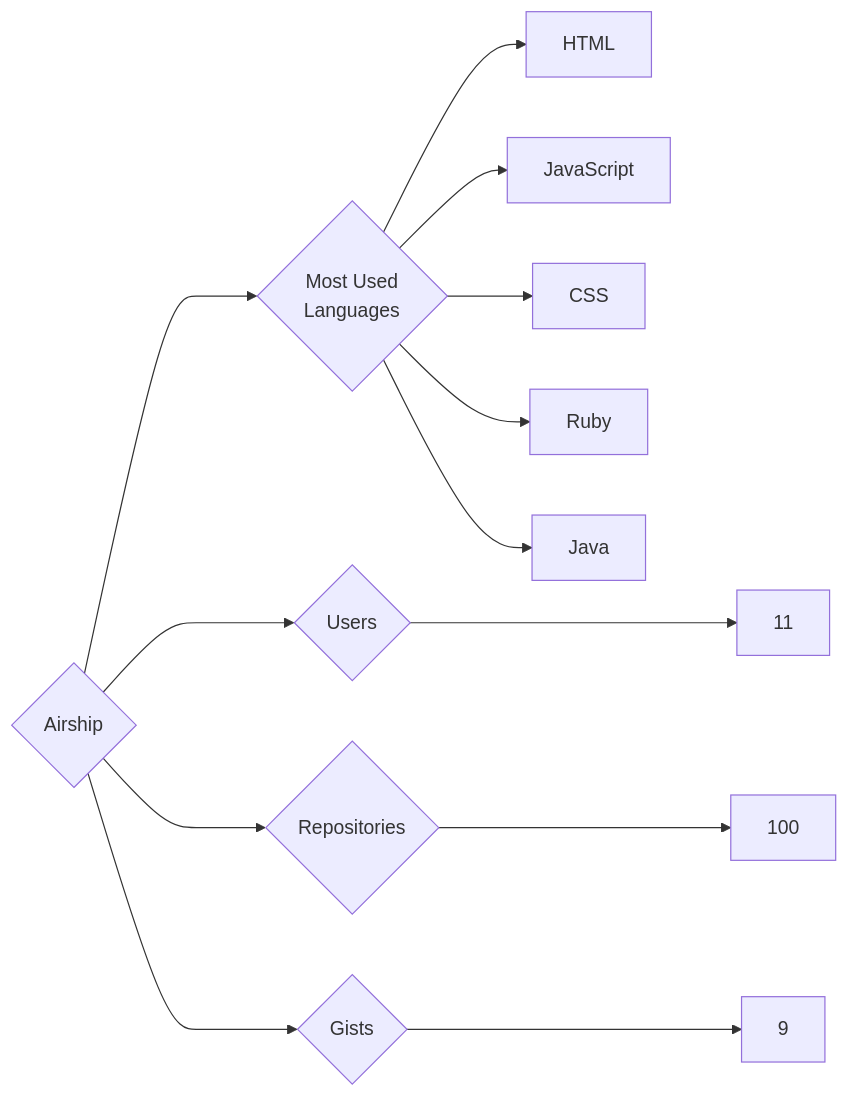
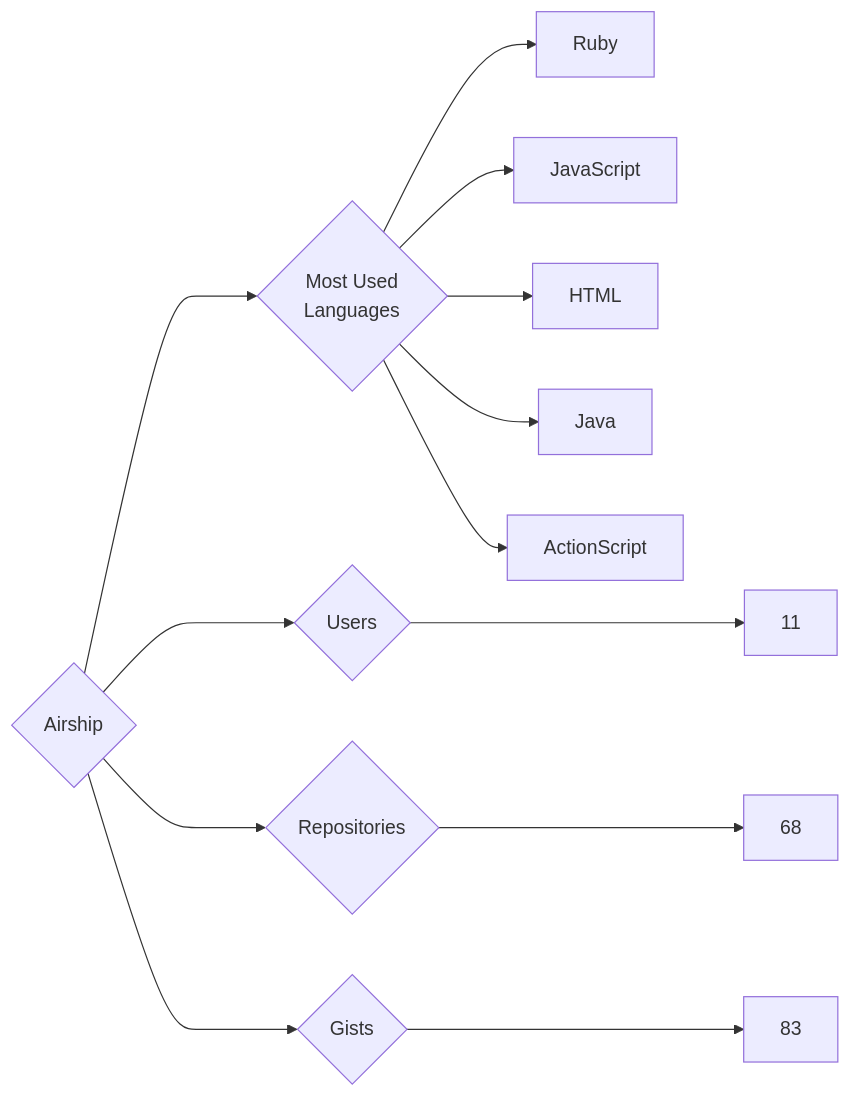
One commit to trickest/insiders changed the diagram in targets/Airship/README.md. Above: the diagram before and after it, drawn with Mermaid. The commit also changed 899 other files, not shown here.

````diff
--- a/targets/Airship/README.md
+++ b/targets/Airship/README.md
@@ -3,13 +3,13 @@
 ```mermaid
 graph LR
 COMPANY_NAME{Airship}
 COMPANY_NAME ---> U{Users} ---> UN[11]
-COMPANY_NAME ---> R{Repositories} ---> RN[100]
-COMPANY_NAME ---> G{Gists} ---> GN[9]
+COMPANY_NAME ---> R{Repositories} ---> RN[68]
+COMPANY_NAME ---> G{Gists} ---> GN[83]
 COMPANY_NAME ---> ML{Most Used<br>Languages}
+ML --> Ruby[Ruby]
+ML --> JavaScript[JavaScript]
 ML --> HTML[HTML]
-ML --> JavaScript[JavaScript]
-ML --> CSS[CSS]
-ML --> Ruby[Ruby]
 ML --> Java[Java]
+ML --> ActionScript[ActionScript]
 ```
````
